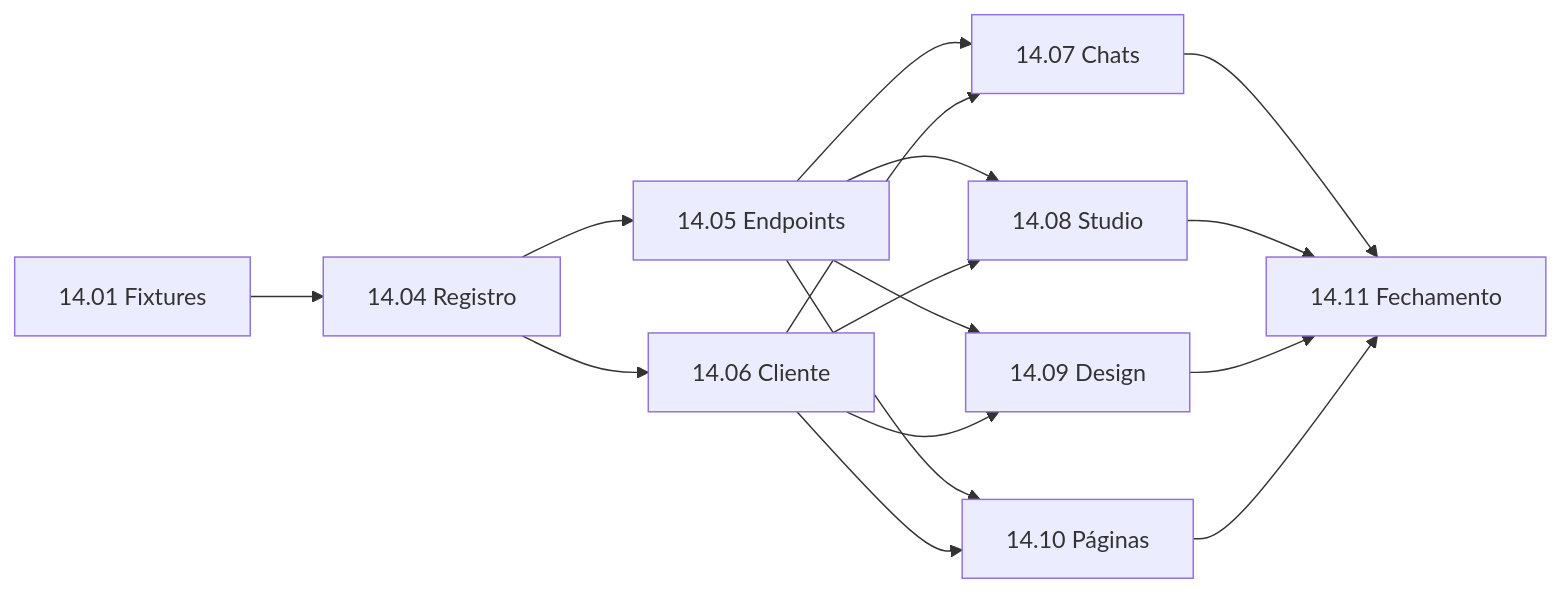
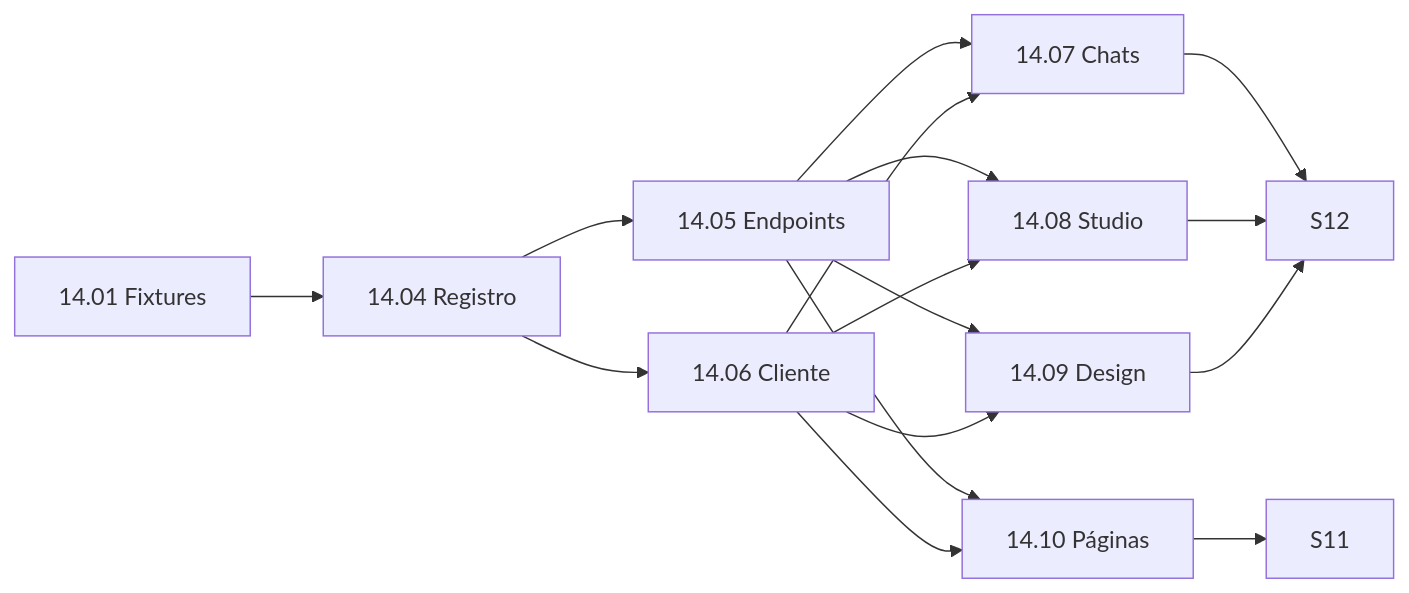
Before and after one commit to matheussanabria/harnness-leca: the diagram in docs/harness-evolution/02-epics/EP-14-estado-das-telas/README.md, drawn with Mermaid. The commit also changed other lines of this file and 8 other files, not shown here.

````diff
--- a/docs/harness-evolution/02-epics/EP-14-estado-das-telas/README.md
+++ b/docs/harness-evolution/02-epics/EP-14-estado-das-telas/README.md
@@ -40,18 +41,18 @@
 ```mermaid
 flowchart LR
     S01["14.01 Fixtures"] --> S04["14.04 Registro"]
     S04 --> S05["14.05 Endpoints"]
     S04 --> S06["14.06 Cliente"]
     S05 --> S07["14.07 Chats"]
     S05 --> S08["14.08 Studio"]
     S05 --> S09["14.09 Design"]
     S05 --> S10["14.10 Páginas"]
     S06 --> S07
     S06 --> S08
     S06 --> S09
     S06 --> S10
-    S07 --> S11["14.11 Fechamento"]
-    S08 --> S11
-    S09 --> S11
+    S07 --> S12
+    S08 --> S12
+    S09 --> S12
     S10 --> S11
 ```
````
